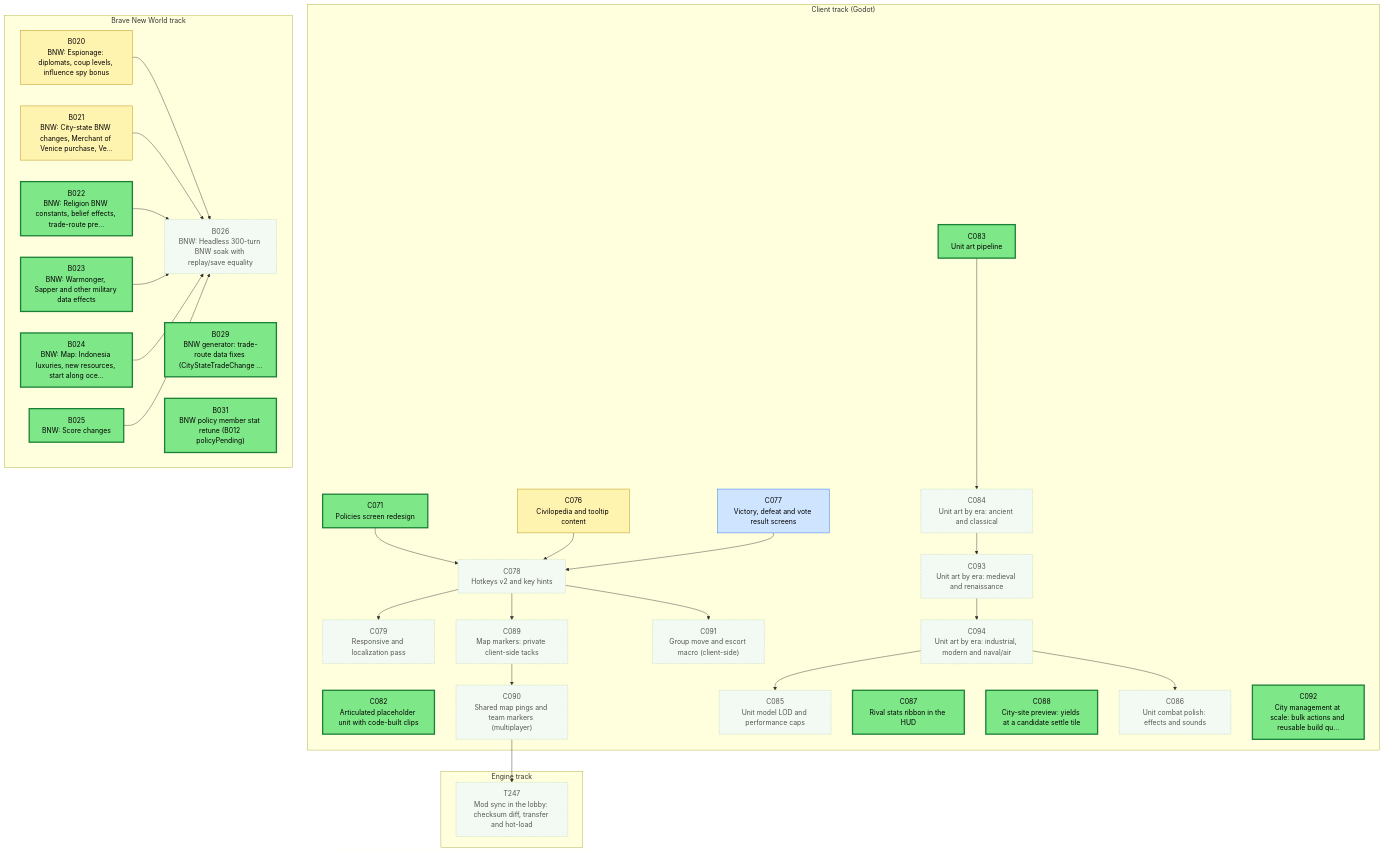
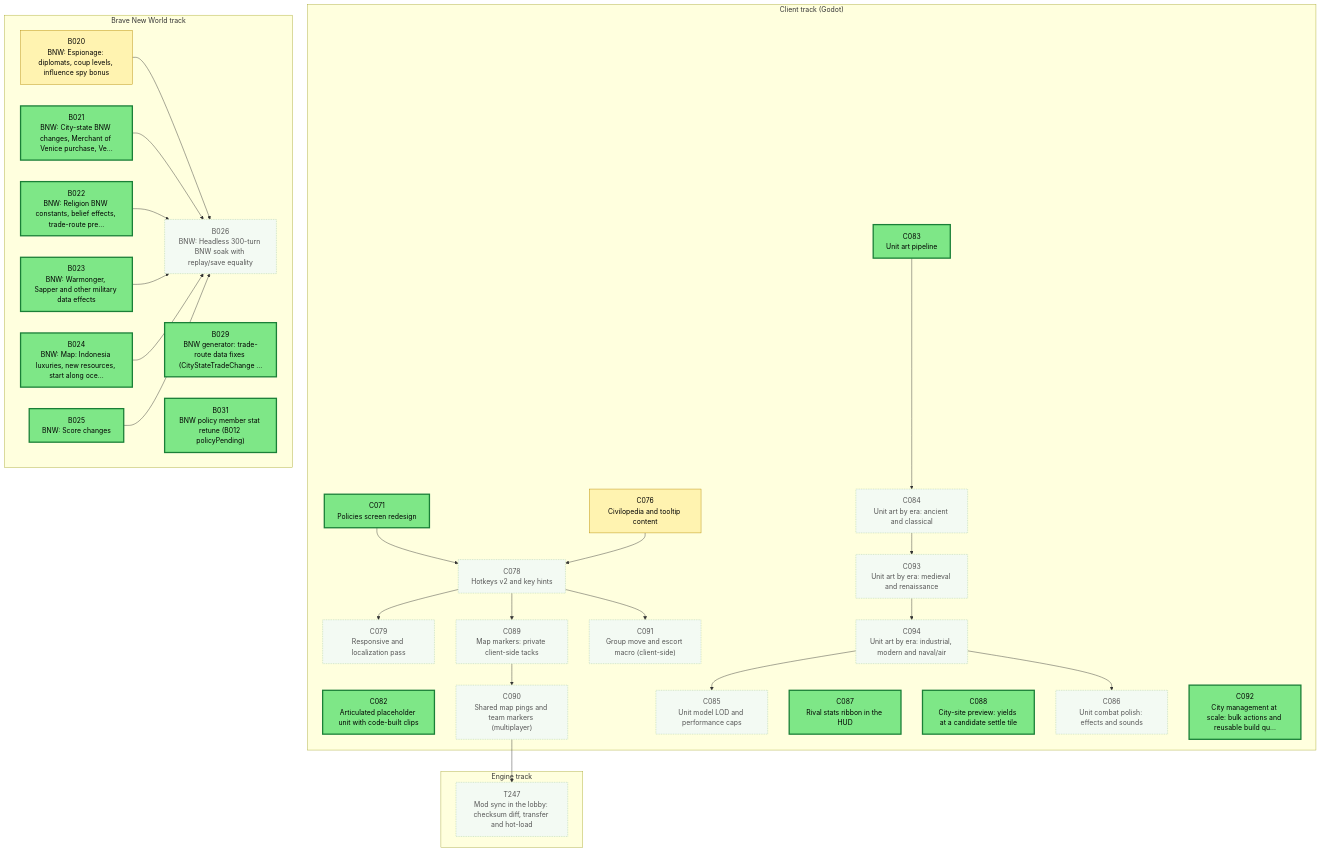
Before and after one commit to Kenmura/Unciv: the first of 3 diagrams in csharp/migration/DEPENDENCY_MAP.md, drawn with Mermaid. The commit also changed other lines of this file and 1 other file, not shown here.

Commit message:
migration: review C077 pass [Adversarial Review]

```diff
--- a/csharp/migration/DEPENDENCY_MAP.md
+++ b/csharp/migration/DEPENDENCY_MAP.md
@@ -30,7 +30,6 @@
   subgraph CTRACK["Client track (Godot)"]
     C071["C071<br/>Policies screen redesign"]
     C076["C076<br/>Civilopedia and tooltip content"]
-    C077["C077<br/>Victory, defeat and vote result screens"]
     C078["C078<br/>Hotkeys v2 and key hints"]
     C079["C079<br/>Responsive and localization pass"]
     C082["C082<br/>Articulated placeholder unit with code-built clips"]
@@ -61,7 +60,6 @@
   C090 --> T247
   C071 --> C078
   C076 --> C078
-  C077 --> C078
   C078 --> C079
   C083 --> C084
   C094 --> C085
@@ -85,7 +83,7 @@
   classDef blocked fill:#ffd6d6,stroke:#c62828,color:#000
   classDef done fill:#eeeeee,stroke:#999999,color:#666,stroke-dasharray:4 3
   class B020 prog
-  class B021 prog
+  class B021 ready
   class B022 ready
   class B023 ready
   class B024 ready
@@ -95,7 +93,6 @@
   class B031 ready
   class C071 ready
   class C076 prog
-  class C077 review
   class C078 waiting
   class C079 waiting
   class C082 ready
```
